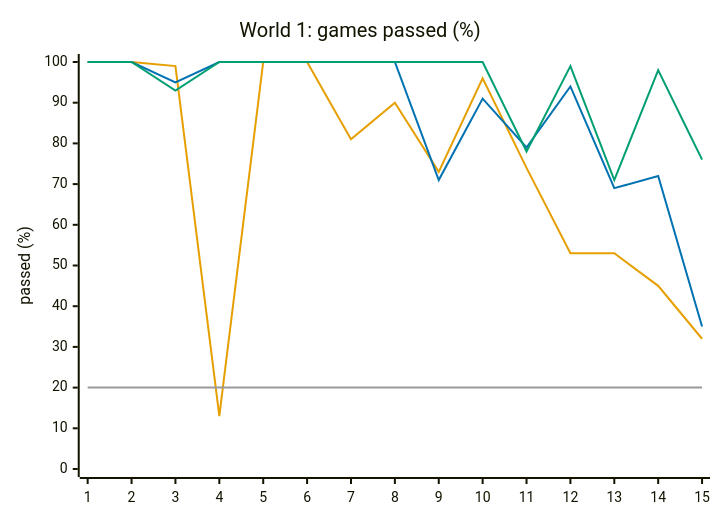
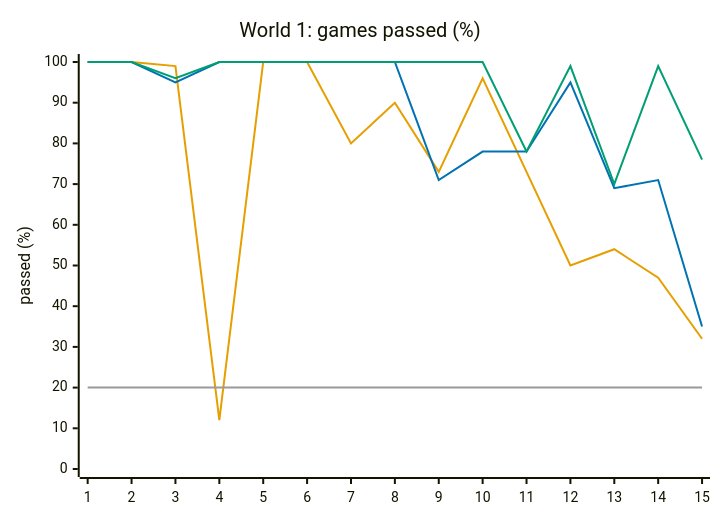
One commit to Pavelya/dots changed the first of 8 diagrams in docs/design/difficulty.md. Above: the diagram before and after it, drawn with Mermaid. The commit also changed other lines of this file and 10 other files, not shown here.

````diff
--- a/docs/design/difficulty.md
+++ b/docs/design/difficulty.md
@@ -160,11 +172,11 @@
 ```mermaid
 %%{init: {"themeVariables": {"xyChart": {"plotColorPalette": "#E69F00, #0072B2, #009E73, #999999"}}}}%%
 xychart-beta
     title "World 1: games passed (%)"
     x-axis ["1", "2", "3", "4", "5", "6", "7", "8", "9", "10", "11", "12", "13", "14", "15"]
     y-axis "passed (%)" 0 --> 100
-    line [100, 100, 99, 13, 100, 100, 81, 90, 73, 96, 74, 53, 53, 45, 32]
-    line [100, 100, 95, 100, 100, 100, 100, 100, 71, 91, 79, 94, 69, 72, 35]
-    line [100, 100, 93, 100, 100, 100, 100, 100, 100, 100, 78, 99, 71, 98, 76]
+    line [100, 100, 99, 12, 100, 100, 80, 90, 73, 96, 73, 50, 54, 47, 32]
+    line [100, 100, 95, 100, 100, 100, 100, 100, 71, 78, 78, 95, 69, 71, 35]
+    line [100, 100, 96, 100, 100, 100, 100, 100, 100, 100, 78, 99, 70, 99, 76]
     line [20, 20, 20, 20, 20, 20, 20, 20, 20, 20, 20, 20, 20, 20, 20]
 ```
````
